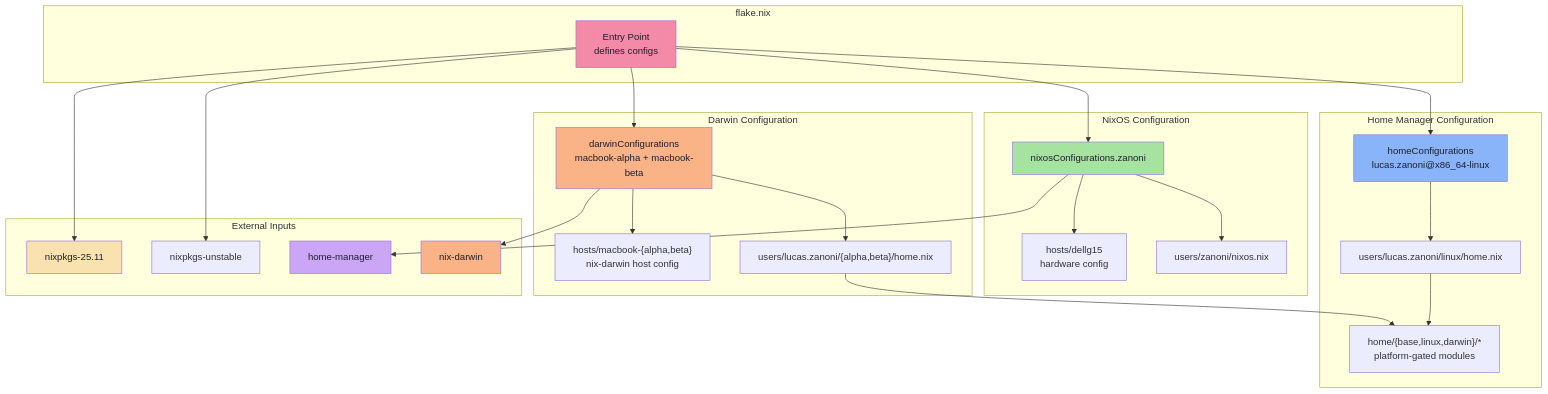
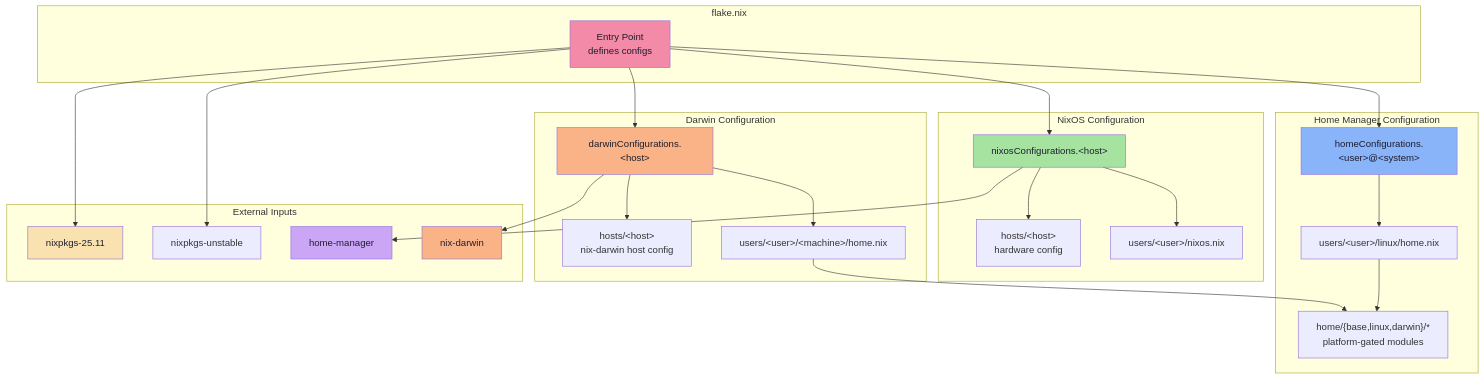
One commit to Castrozan/.dotfiles changed the diagram in README.md. Above: the diagram before and after it, drawn with Mermaid. The commit also changed other lines of this file, not shown here.

````diff
--- a/README.md
+++ b/README.md
@@ -141,58 +141,58 @@
 ```mermaid
 graph TD
     subgraph "flake.nix"
         Flake["Entry Point<br/>defines configs"]
     end
 
     subgraph "NixOS Configuration"
-        NixOS["nixosConfigurations.zanoni"]
-        Host["hosts/dellg15<br/>hardware config"]
-        UserNixOS["users/zanoni/nixos.nix"]
+        NixOS["nixosConfigurations.&lt;host&gt;"]
+        Host["hosts/&lt;host&gt;<br/>hardware config"]
+        UserNixOS["users/&lt;user&gt;/nixos.nix"]
     end
 
     subgraph "Darwin Configuration"
-        Darwin["darwinConfigurations<br/>macbook-alpha + macbook-beta"]
-        DarwinHost["hosts/macbook-{alpha,beta}<br/>nix-darwin host config"]
-        DarwinHome["users/lucas.zanoni/{alpha,beta}/home.nix"]
+        Darwin["darwinConfigurations.&lt;host&gt;"]
+        DarwinHost["hosts/&lt;host&gt;<br/>nix-darwin host config"]
+        DarwinHome["users/&lt;user&gt;/&lt;machine&gt;/home.nix"]
     end
 
     subgraph "Home Manager Configuration"
-        HomeStandalone["homeConfigurations<br/>lucas.zanoni@x86_64-linux"]
-        UserHome["users/lucas.zanoni/linux/home.nix"]
+        HomeStandalone["homeConfigurations.&lt;user&gt;@&lt;system&gt;"]
+        UserHome["users/&lt;user&gt;/linux/home.nix"]
         Modules["home/{base,linux,darwin}/*<br/>platform-gated modules"]
     end
 
     subgraph "External Inputs"
         Nixpkgs["nixpkgs-25.11"]
         Unstable["nixpkgs-unstable"]
         HM["home-manager"]
         ND["nix-darwin"]
     end
 
     Flake --> NixOS
     Flake --> Darwin
     Flake --> HomeStandalone
 
     NixOS --> Host
     NixOS --> UserNixOS
     NixOS --> HM
 
     Darwin --> DarwinHost
     Darwin --> DarwinHome
     Darwin --> ND
 
     HomeStandalone --> UserHome
     UserHome --> Modules
     DarwinHome --> Modules
     
     Flake --> Nixpkgs
     Flake --> Unstable
 
     style Flake fill:#f38ba8,color:#1e1e2e
     style NixOS fill:#a6e3a1,color:#1e1e2e
     style Darwin fill:#fab387,color:#1e1e2e
     style HomeStandalone fill:#89b4fa,color:#1e1e2e
     style Nixpkgs fill:#f9e2af,color:#1e1e2e
     style HM fill:#cba6f7,color:#1e1e2e
     style ND fill:#fab387,color:#1e1e2e
 ```
````
